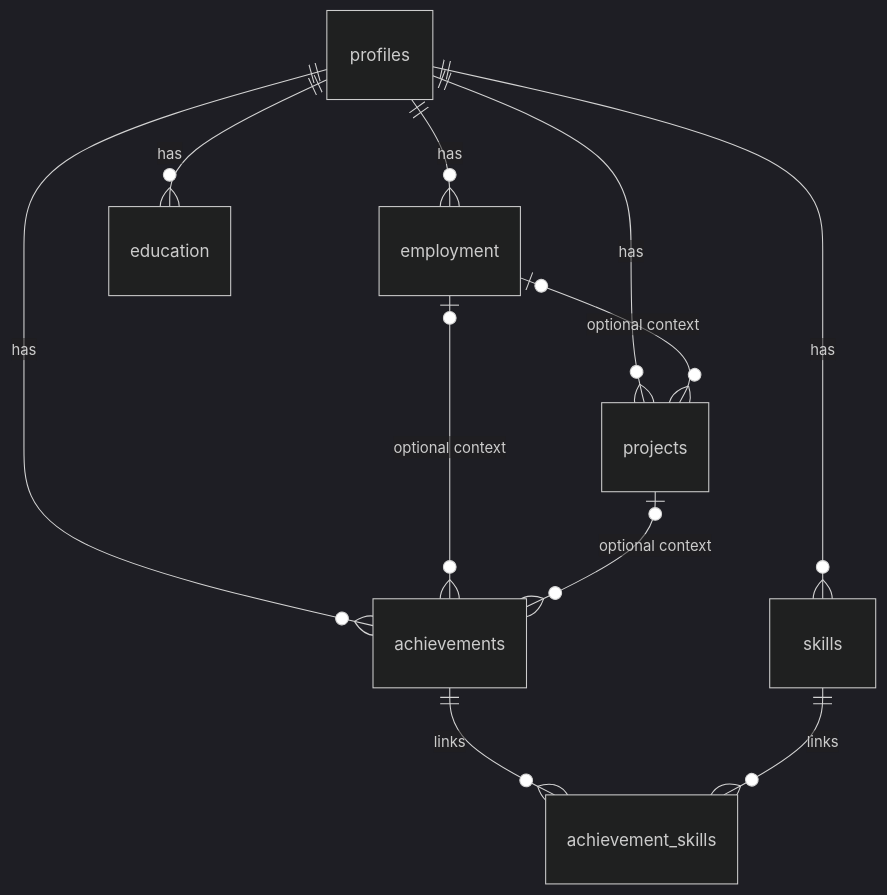
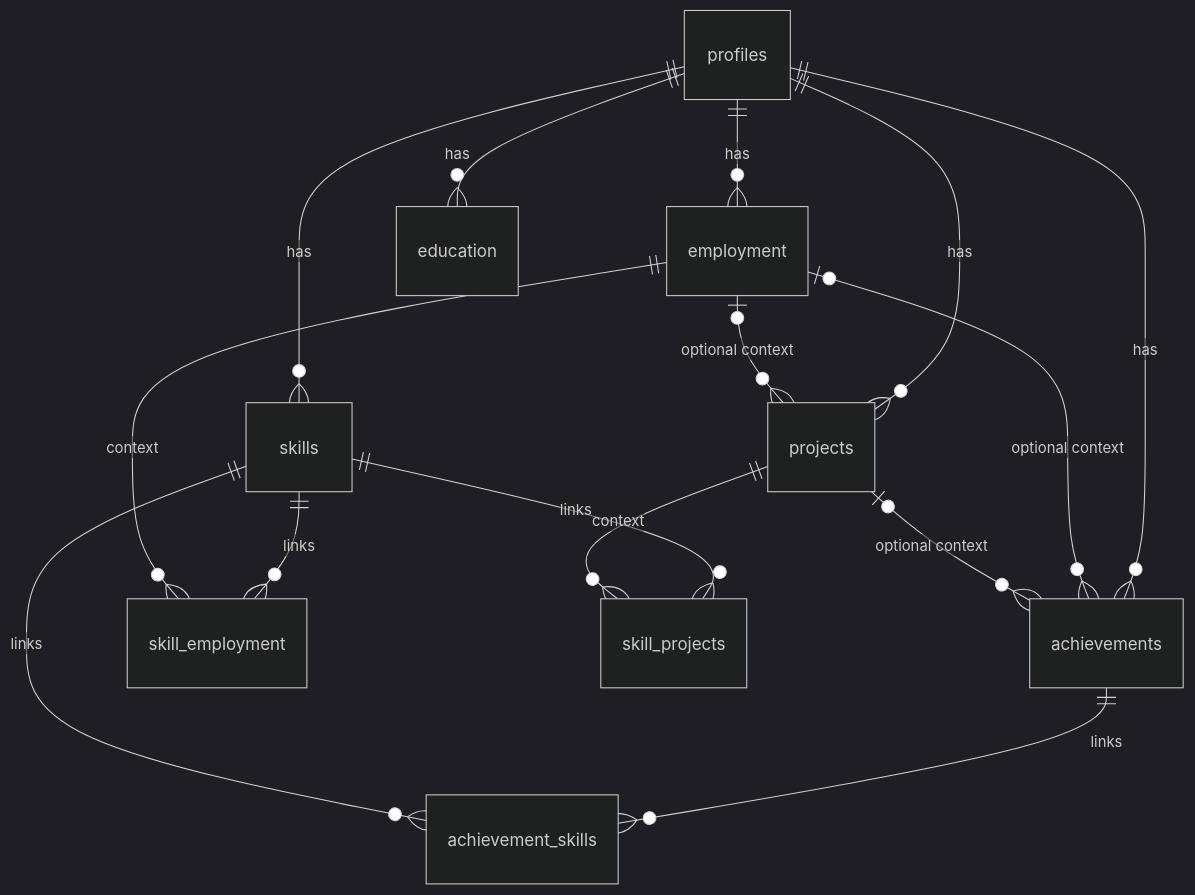
The first of 3 diagrams in docs/04-data-model.md (3333444n/landed), drawn with Mermaid (dark theme) before and after one commit. The commit also changed other lines of this file and 36 other files, not shown here.

Commit message:
feat(profile): link skills to roles and projects and filter career records

````diff
--- a/docs/04-data-model.md
+++ b/docs/04-data-model.md
@@ -11,13 +11,17 @@
 ```mermaid
 erDiagram
   profiles ||--o{ employment : has
   profiles ||--o{ education : has
   profiles ||--o{ projects : has
   profiles ||--o{ achievements : has
   profiles ||--o{ skills : has
   employment |o--o{ projects : "optional context"
   employment |o--o{ achievements : "optional context"
   projects |o--o{ achievements : "optional context"
   achievements ||--o{ achievement_skills : links
   skills ||--o{ achievement_skills : links
+  skills ||--o{ skill_employment : links
+  employment ||--o{ skill_employment : context
+  skills ||--o{ skill_projects : links
+  projects ||--o{ skill_projects : context
 ```
````
